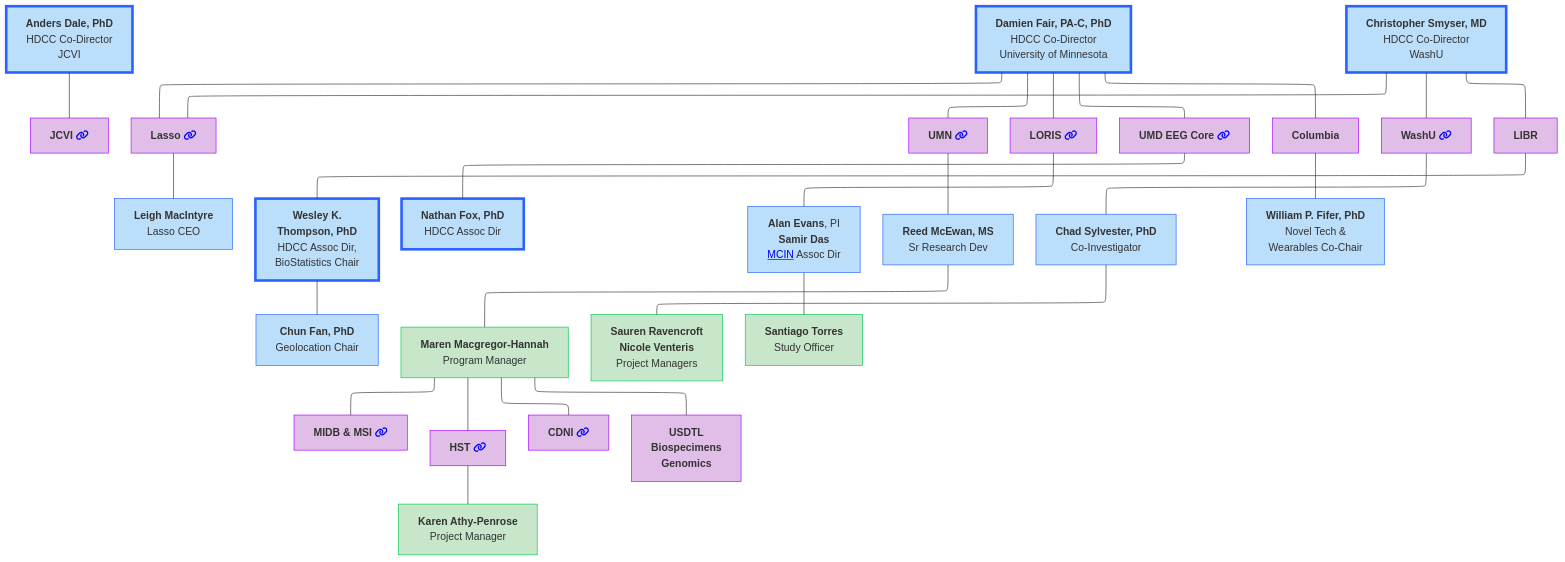
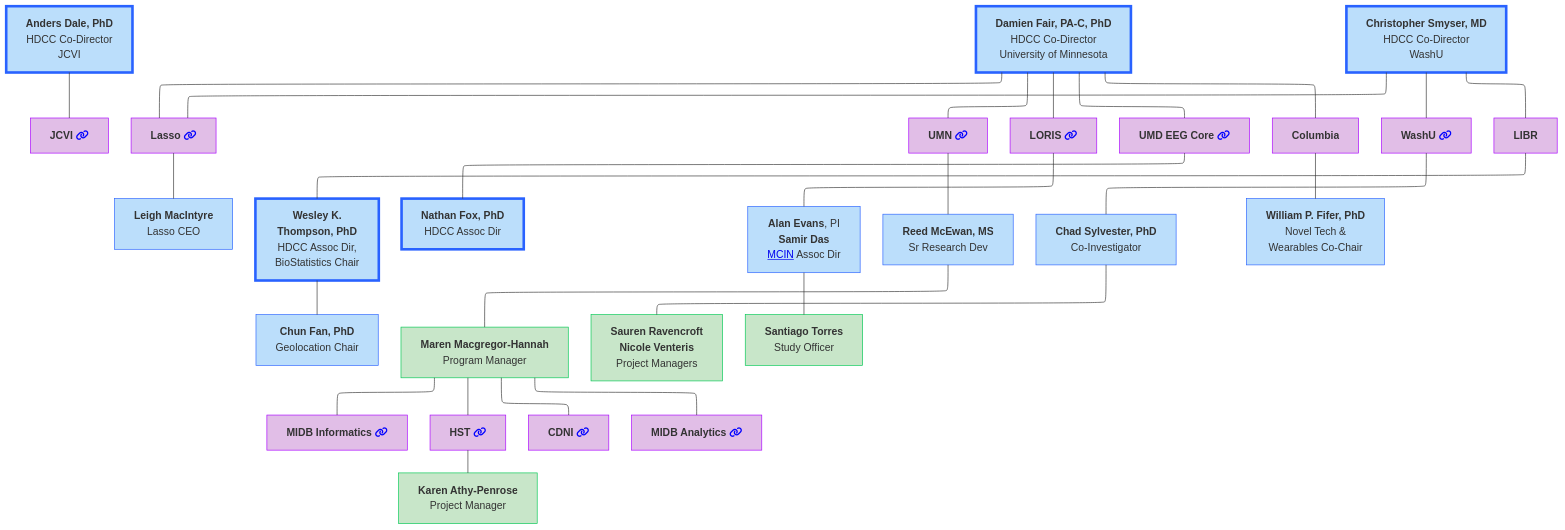
One commit to DCAN-Labs/hbcd-docs-internal changed the first of 12 diagrams in docs/orgcharts.md. Above: the diagram before and after it, drawn with Mermaid.

Commit message:
update overview under UMN

````diff
--- a/docs/orgcharts.md
+++ b/docs/orgcharts.md
@@ -12,59 +12,63 @@
 ```mermaid
 ---
 config:
   layout: elk
 ---
 flowchart TB
     n2["<b>Anders Dale, PhD<br></b>HDCC Co-Director<br>JCVI"] --- jcvi["<b>JCVI</b> <i class="fa-solid fa-link" style="color: blue;"></i>"]
     E["<b>Damien Fair, PA-C, PhD</b><br>HDCC Co-Director<br>University of Minnesota"] --- lasso["<b>Lasso</b> <i class="fa-solid fa-link" style="color: blue;"></i>"] & umn["<b>UMN</b> <i class="fa-solid fa-link" style="color: blue;"></i>"] & n7["<b>LORIS</b> <i class="fa-solid fa-link" style="color: blue;"></i>"] & n8["<b>UMD EEG Core</b> <i class="fa-solid fa-link" style="color: blue;"></i>"] & n11["<b>Columbia</b>"]
     lasso --- lasso1["<b>Leigh MacIntyre</b><br>Lasso CEO"]
     n1["<b>Christopher Smyser, MD<br></b>HDCC Co-Director<br>WashU"] --- n10["<b>WashU</b> <i class="fa-solid fa-link" style="color: blue;"></i>"] & n12["<b>LIBR</b>"] & lasso
     n16["<b>Wesley K.<br>Thompson, PhD</b><br>HDCC Assoc Dir,<br>BioStatistics Chair"] --- n17["<b>Chun Fan, PhD</b><br>Geolocation Chair"]
     n12 --- n16
     n8 --- n19["<b>Nathan Fox, PhD<br></b>HDCC Assoc Dir"]
     n7 --- n20["<b>Alan Evans</b>, PI<br><b>Samir Das</b><br><a href="https://mcin.ca/about-mcin/" target="_blank">MCIN</a> Assoc Dir"]
     umn --- reed["<b>Reed McEwan, MS</b><br>Sr Research Dev"]
     n10 --- n22["<b>Chad Sylvester, PhD</b><br>Co-Investigator"]
     n11 --- n18["<b>William P. Fifer, PhD</b><br>Novel Tech &<br>Wearables Co-Chair"]
     reed --- n30["<b>Maren Macgregor-Hannah</b><br>Program Manager"]
-    n30 --- n25["<b>MIDB &amp; MSI</b> <i class="fa-solid fa-link" style="color: blue;"></i>"] & n27["<b>HST</b> <i class="fa-solid fa-link" style="color: blue;"></i>"] & n28["<b>CDNI</b> <i class="fa-solid fa-link" style="color: blue;"></i>"] & n29["<b>USDTL<br>Biospecimens<br>Genomics</b>"]
+    n30 --- n25["<b>MIDB Informatics</b> <i class="fa-solid fa-link" style="color: blue;"></i>"]
+    n30 --- n27["<b>HST</b> <i class="fa-solid fa-link" style="color: blue;"></i>"]
+    n30 --- n28["<b>CDNI</b> <i class="fa-solid fa-link" style="color: blue;"></i>"]
+    n30 --- n29["<b>MIDB Analytics</b> <i class="fa-solid fa-link" style="color: blue;"></i>"]
     n27 --- n31["<b>Karen Athy-Penrose</b><br>Project Manager"]
     n22 --- n32["<b>Sauren Ravencroft<br>Nicole Venteris</b><br>Project Managers"]
     n20 --- n33["<b>Santiago Torres</b><br>Study Officer"]
     style n2 fill:#BBDEFB,stroke:#2962FF,stroke-width:4px
     style jcvi fill:#E1BEE7,stroke:#AA00FF
     style E fill:#BBDEFB,stroke:#2962FF,stroke-width:4px
     style lasso fill:#E1BEE7,stroke:#AA00FF
     style umn fill:#E1BEE7,stroke:#AA00FF
     style n7 fill:#E1BEE7,stroke:#AA00FF
     style n8 fill:#E1BEE7,stroke:#AA00FF
     style n11 fill:#E1BEE7,stroke:#AA00FF
     style lasso1 fill:#BBDEFB,stroke:#2962FF
     style n1 fill:#BBDEFB,stroke:#2962FF,stroke-width:4px
     style n10 fill:#E1BEE7,stroke:#AA00FF
     style n12 fill:#E1BEE7,stroke:#AA00FF
     style n16 fill:#BBDEFB,stroke:#2962FF,stroke-width:4px
     style n17 fill:#BBDEFB,stroke:#2962FF
     style n19 fill:#BBDEFB,stroke:#2962FF,stroke-width:4px
     style n20 fill:#BBDEFB,stroke:#2962FF
     style reed fill:#BBDEFB,stroke:#2962FF
     style n22 fill:#BBDEFB,stroke:#2962FF
     style n18 fill:#BBDEFB,stroke:#2962FF
     style n25 fill:#E1BEE7,stroke:#AA00FF
     style n27 fill:#E1BEE7,stroke:#AA00FF
     style n28 fill:#E1BEE7,stroke:#AA00FF
     style n29 fill:#E1BEE7,stroke:#AA00FF
     style n30 fill:#C8E6C9,stroke:#00C853
     style n31 fill:#C8E6C9,stroke:#00C853
     style n32 fill:#C8E6C9,stroke:#00C853
     style n33 fill:#C8E6C9,stroke:#00C853
     click jcvi "#j-craig-venter-institute"
     click lasso "#lasso"
     click umn "#university-of-minnesota"
     click n7 "#loris"
     click n8 "#university-of-maryland"
     click n10 "#washu"
     click n25 "#midb-informatics-hub-msi"
+    click n29 "#midb-analytics-hub"
     click n27 "#health-sciences-technology"
     click n28 "#center-for-developmental-neuroimaging"
 ```
````
